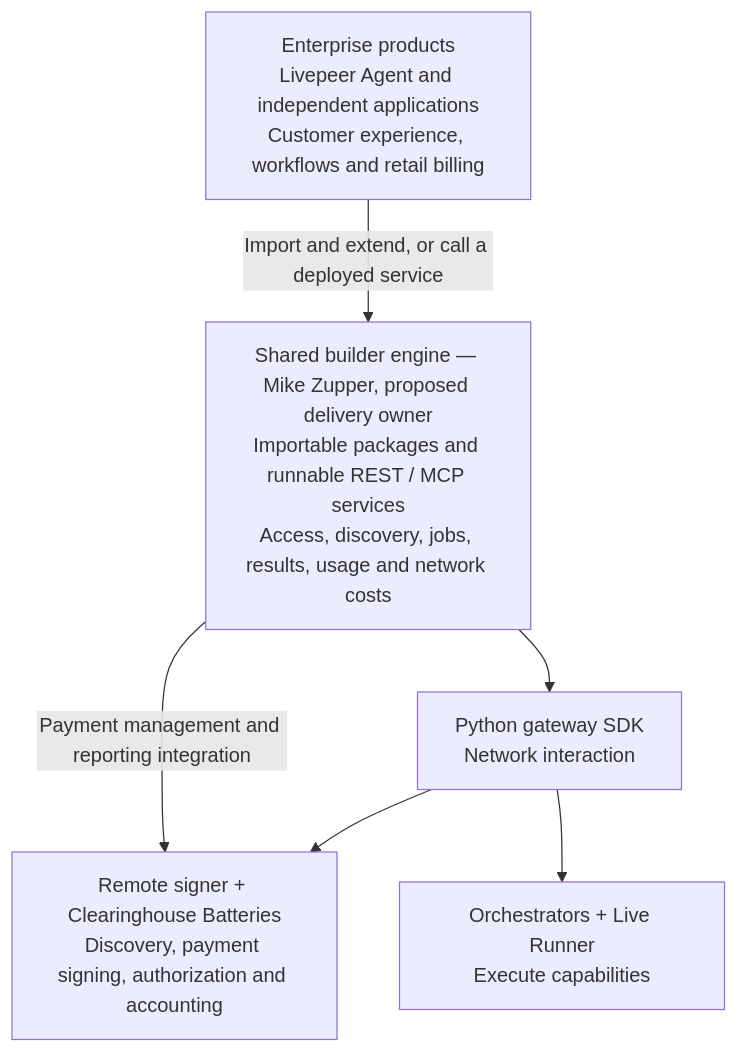
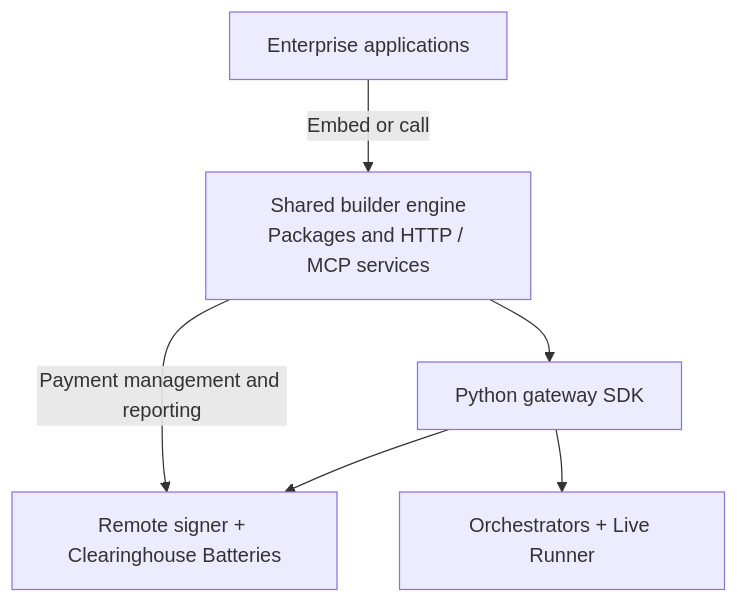
One commit to Cloud-SPE/Network-Engineering-SPE changed the diagram in docs/design-docs/self-sovereign-open-builder-stack-draft.md. Above: the diagram before and after it, drawn with Mermaid. The commit also changed other lines of this file and 1 other file, not shown here.

````diff
--- a/docs/design-docs/self-sovereign-open-builder-stack-draft.md
+++ b/docs/design-docs/self-sovereign-open-builder-stack-draft.md
@@ -23,13 +35,13 @@
 ```mermaid
 flowchart TB
-    Products["Enterprise products<br/>Livepeer Agent and independent applications<br/>Customer experience, workflows and retail billing"]
-    Engine["Shared builder engine — Mike Zupper, proposed delivery owner<br/>Importable packages and runnable REST / MCP services<br/>Access, discovery, jobs, results, usage and network costs"]
-    SDK["Python gateway SDK<br/>Network interaction"]
-    Payments["Remote signer + Clearinghouse Batteries<br/>Discovery, payment signing, authorization and accounting"]
-    Compute["Orchestrators + Live Runner<br/>Execute capabilities"]
-    Products -->|"Import and extend, or call a deployed service"| Engine
+    Products["Enterprise applications"]
+    Engine["Shared builder engine<br/>Packages and HTTP / MCP services"]
+    SDK["Python gateway SDK"]
+    Payments["Remote signer + Clearinghouse Batteries"]
+    Compute["Orchestrators + Live Runner"]
+    Products -->|"Embed or call"| Engine
     Engine --> SDK
-    Engine -->|"Payment management and reporting integration"| Payments
+    Engine -->|"Payment management and reporting"| Payments
     SDK --> Payments
     SDK --> Compute
 ```
````
